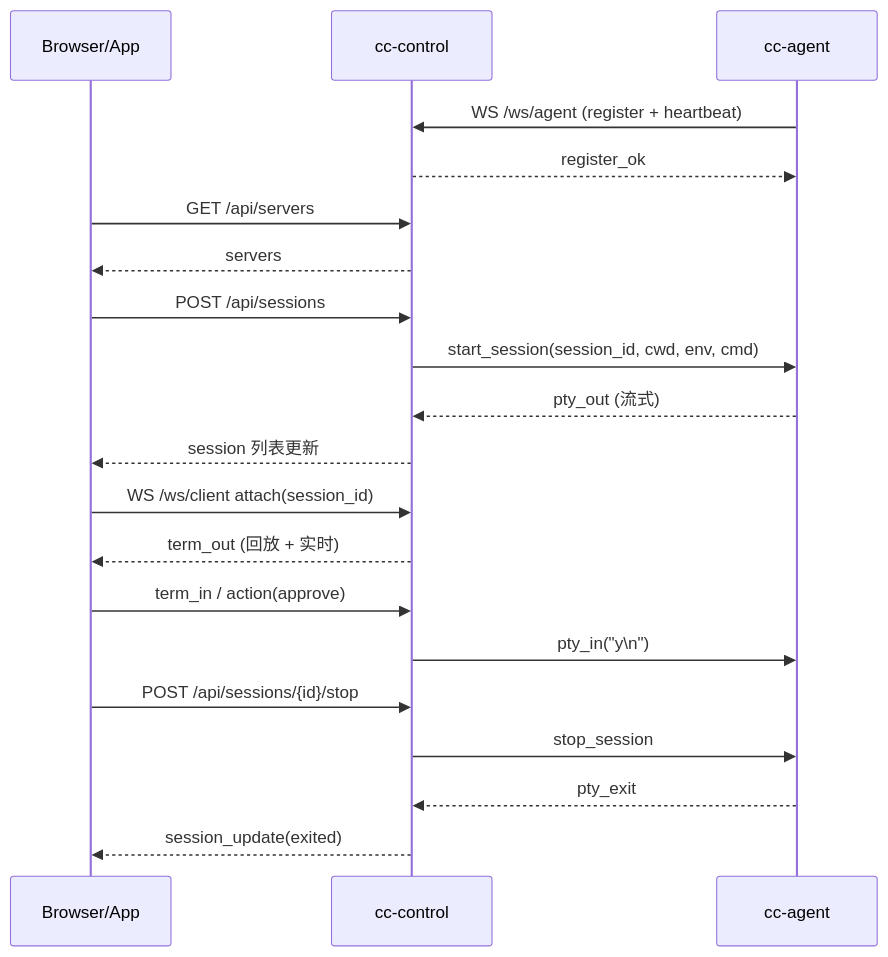
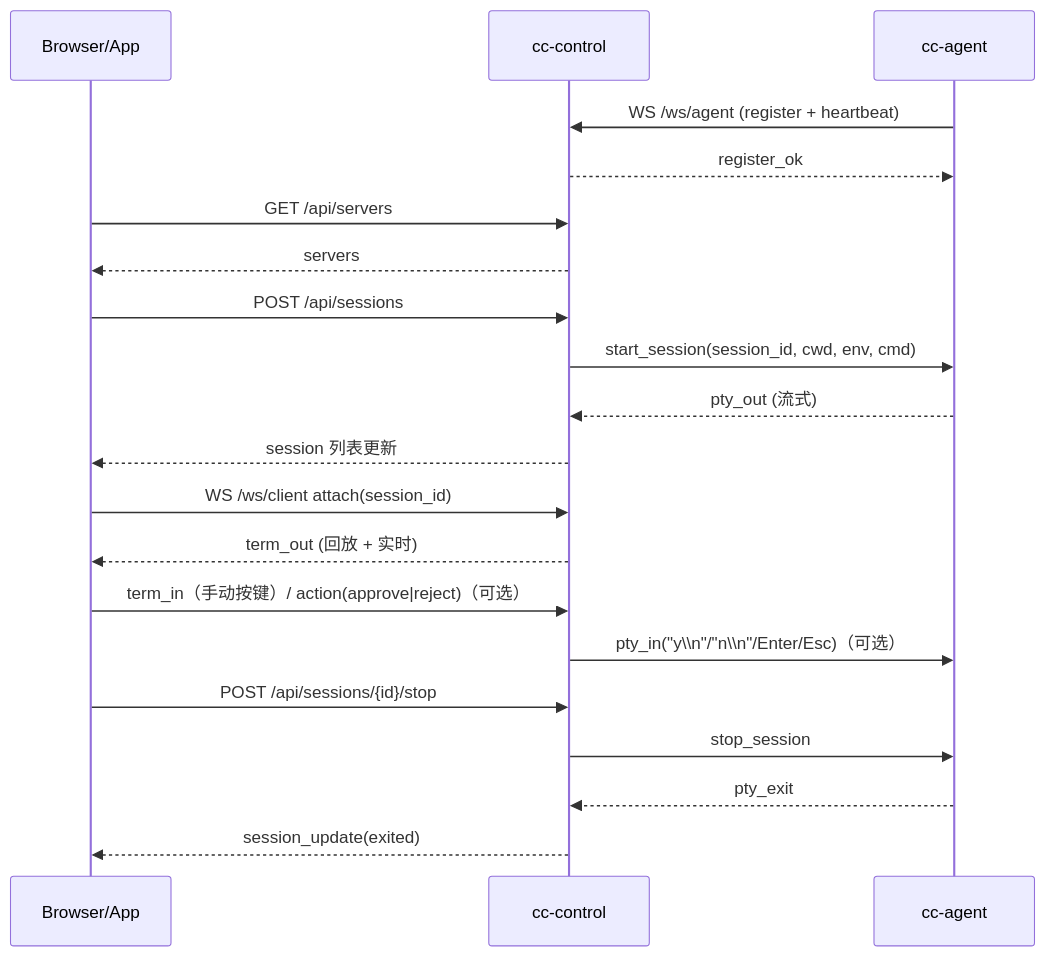
The third of 5 diagrams in docs/architecture.md (xuzhougeng/agent-control), drawn with Mermaid before and after one commit. The commit also changed other lines of this file and 5 other files, not shown here.

````diff
--- a/docs/architecture.md
+++ b/docs/architecture.md
@@ -46,23 +46,23 @@
 ```mermaid
 sequenceDiagram
     participant UI as Browser/App
     participant CP as cc-control
     participant Agent as cc-agent
 
     Agent->>CP: WS /ws/agent (register + heartbeat)
     CP-->>Agent: register_ok
     UI->>CP: GET /api/servers
     CP-->>UI: servers
     UI->>CP: POST /api/sessions
     CP->>Agent: start_session(session_id, cwd, env, cmd)
     Agent-->>CP: pty_out (流式)
     CP-->>UI: session 列表更新
     UI->>CP: WS /ws/client attach(session_id)
     CP-->>UI: term_out (回放 + 实时)
-    UI->>CP: term_in / action(approve)
-    CP->>Agent: pty_in("y\n")
+    UI->>CP: term_in（手动按键）/ action(approve|reject)（可选）
+    CP->>Agent: pty_in("y\\n"/"n\\n"/Enter/Esc)（可选）
     UI->>CP: POST /api/sessions/{id}/stop
     CP->>Agent: stop_session
     Agent-->>CP: pty_exit
     CP-->>UI: session_update(exited)
 ```
````
